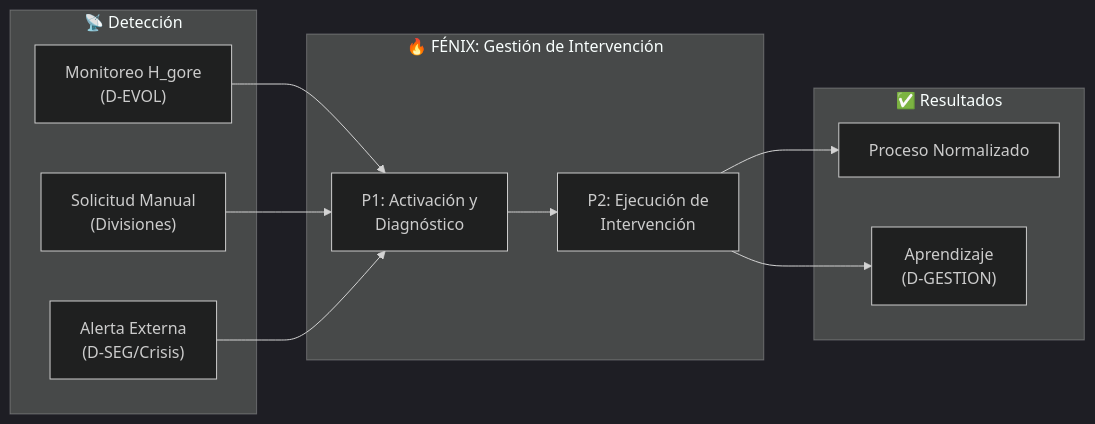
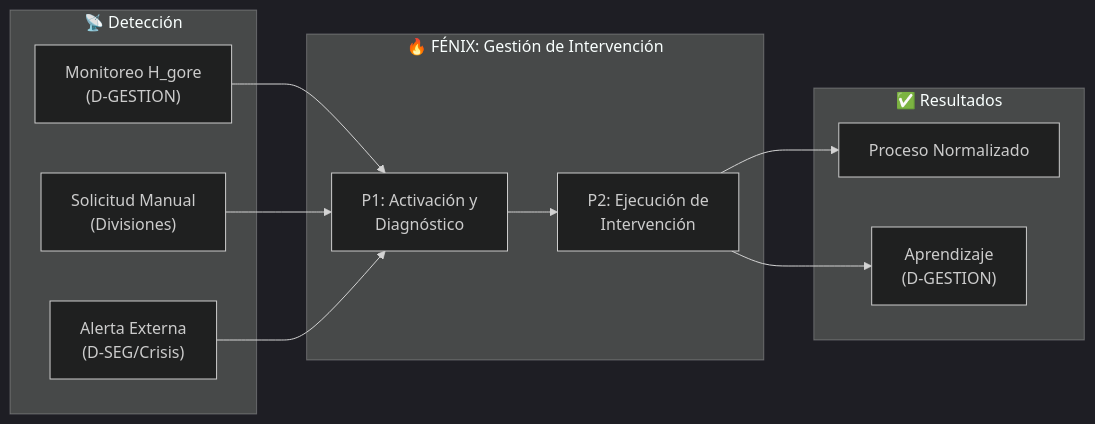
One commit to felix-antonio-sl/gore_os changed the first of 3 diagrams in docs/blueprint/domains/domain_fenix.md. Above: the diagram before and after it, drawn with Mermaid (dark theme). The commit also changed other lines of this file and 26 other files, not shown here.

````diff
--- a/docs/blueprint/domains/domain_fenix.md
+++ b/docs/blueprint/domains/domain_fenix.md
@@ -98,22 +101,22 @@
 ```mermaid
 flowchart LR
     subgraph SENSORS["📡 Detección"]
-        S1["Monitoreo H_gore<br/>(D-EVOL)"]
+        S1["Monitoreo H_gore<br/>(D-GESTION)"]
         S2["Solicitud Manual<br/>(Divisiones)"]
         S3["Alerta Externa<br/>(D-SEG/Crisis)"]
     end
 
     subgraph CORE["🔥 FÉNIX: Gestión de Intervención"]
         P1["P1: Activación y<br/>Diagnóstico"]
         P2["P2: Ejecución de<br/>Intervención"]
     end
 
     subgraph RESULTS["✅ Resultados"]
         R1["Proceso Normalizado"]
         R2["Aprendizaje<br/>(D-GESTION)"]
     end
 
     S1 & S2 & S3 --> P1
     P1 --> P2
     P2 --> R1 & R2
 ```
````
